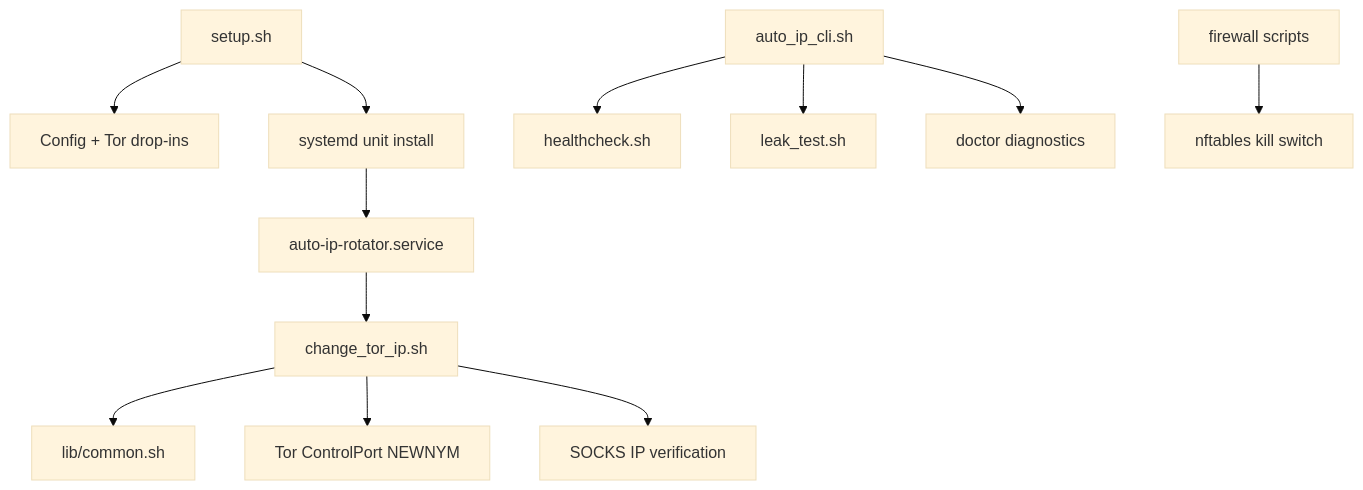
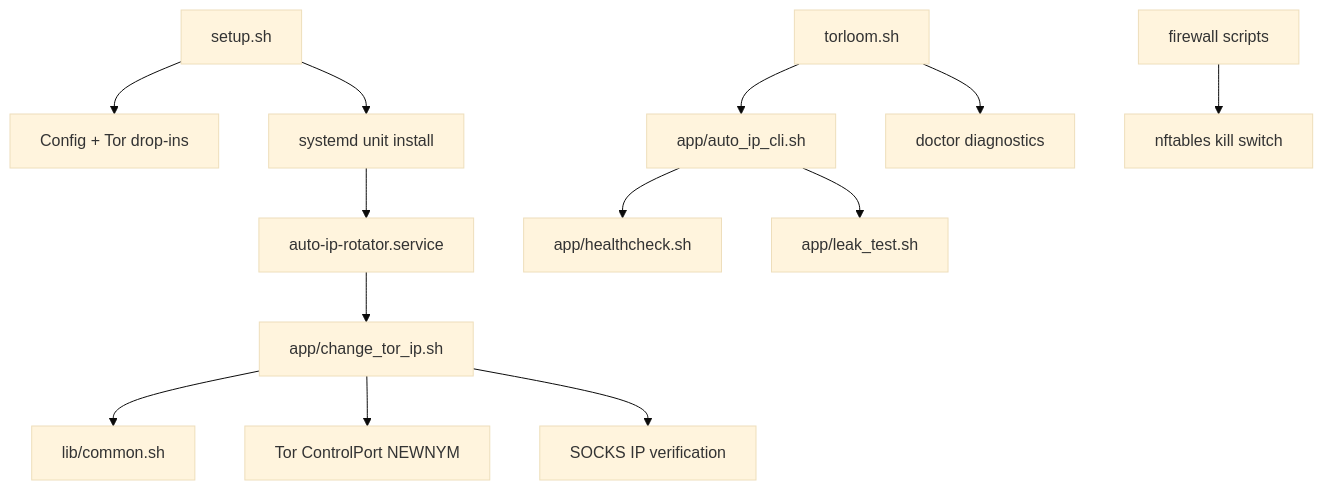
Before and after one commit to vivekmarathe2004/torloom-autoip: the diagram in README.md, drawn with Mermaid (base theme). The commit also changed other lines of this file and 13 other files, not shown here.

````diff
--- a/README.md
+++ b/README.md
@@ -98,14 +98,15 @@
 ```mermaid
 flowchart TD
   A[setup.sh] --> B[Config + Tor drop-ins]
   A --> C[systemd unit install]
   C --> D[auto-ip-rotator.service]
-  D --> E[change_tor_ip.sh]
+  D --> E[app/change_tor_ip.sh]
   E --> F[lib/common.sh]
   E --> G[Tor ControlPort NEWNYM]
   E --> H[SOCKS IP verification]
-  I[auto_ip_cli.sh] --> J[healthcheck.sh]
-  I --> K[leak_test.sh]
+  I[torloom.sh] --> I2[app/auto_ip_cli.sh]
+  I2 --> J[app/healthcheck.sh]
+  I2 --> K[app/leak_test.sh]
   I --> L[doctor diagnostics]
   M[firewall scripts] --> N[nftables kill switch]
 ```
````
